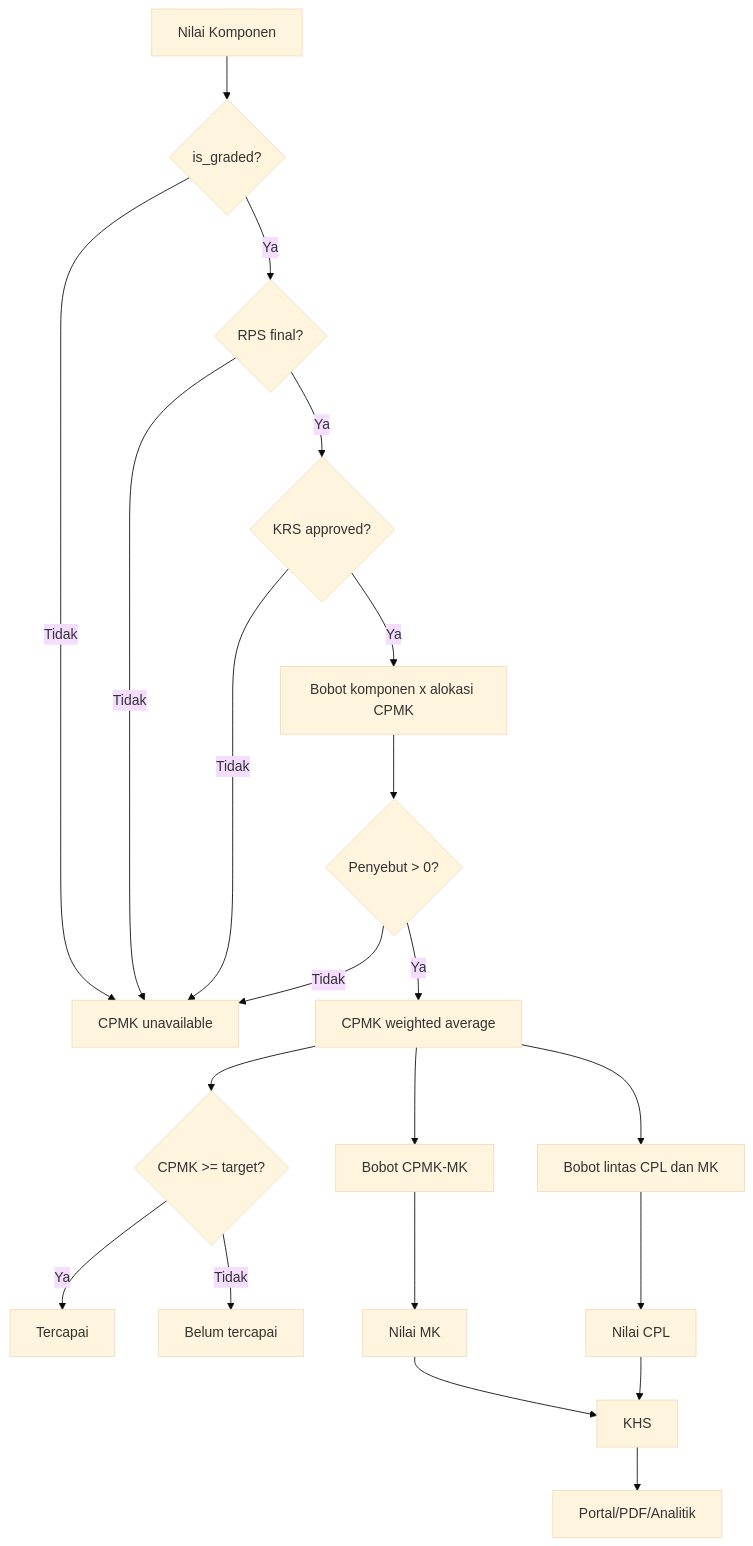
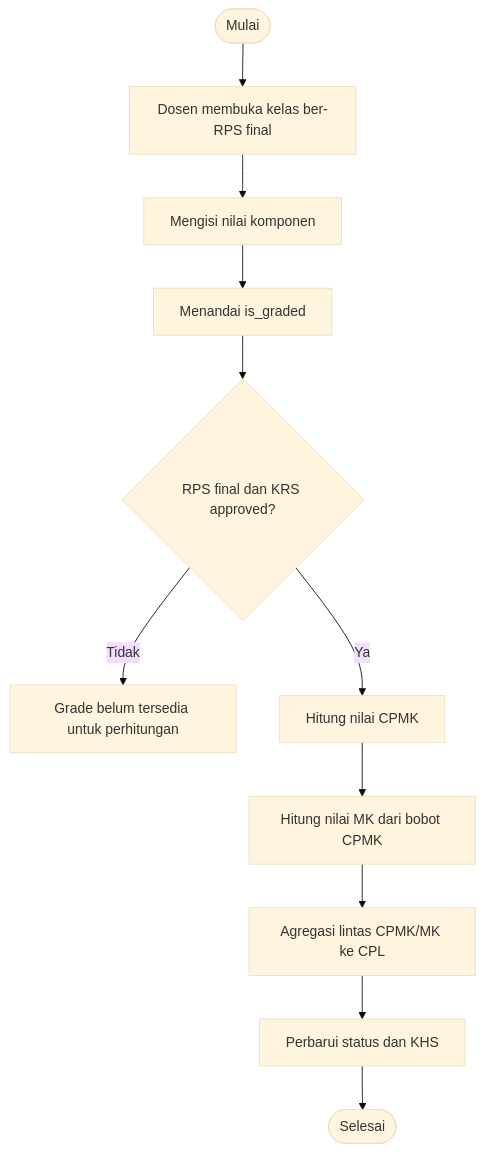
One commit to SesaSatriva/erpobe_odoo19 changed the fifth of 10 diagrams in docs/skripsi/enterprise-architecture.md. Above: the diagram before and after it, drawn with Mermaid (base theme). The commit also changed other lines of this file, not shown here.

Commit message:
Doc : Fixed Enterprise Architecture

````diff
--- a/docs/skripsi/enterprise-architecture.md
+++ b/docs/skripsi/enterprise-architecture.md
@@ -465,23 +280,13 @@
 ```mermaid
 flowchart TD
-  A[Nilai Komponen] --> B{is_graded?}
-  B -->|Tidak| X[CPMK unavailable]
-  B -->|Ya| C{RPS final?}
-  C -->|Tidak| X
-  C -->|Ya| D{KRS approved?}
-  D -->|Tidak| X
-  D -->|Ya| E[Bobot komponen x alokasi CPMK]
-  E --> F{Penyebut > 0?}
-  F -->|Tidak| X
-  F -->|Ya| G[CPMK weighted average]
-  G --> H{CPMK >= target?}
-  H -->|Ya| I[Tercapai]
-  H -->|Tidak| J[Belum tercapai]
-  G --> K[Bobot CPMK-MK]
-  K --> L[Nilai MK]
-  G --> M[Bobot lintas CPL dan MK]
-  M --> N[Nilai CPL]
-  L --> O[KHS]
-  N --> O
-  O --> P[Portal/PDF/Analitik]
+    S([Mulai]) --> A[Dosen membuka kelas ber-RPS final]
+    A --> B[Mengisi nilai komponen]
+    B --> C[Menandai is_graded]
+    C --> D{RPS final dan KRS approved?}
+    D -->|Tidak| E[Grade belum tersedia untuk perhitungan]
+    D -->|Ya| F[Hitung nilai CPMK]
+    F --> G[Hitung nilai MK dari bobot CPMK]
+    G --> H[Agregasi lintas CPMK/MK ke CPL]
+    H --> I[Perbarui status dan KHS]
+    I --> Z([Selesai])
 ```
````
